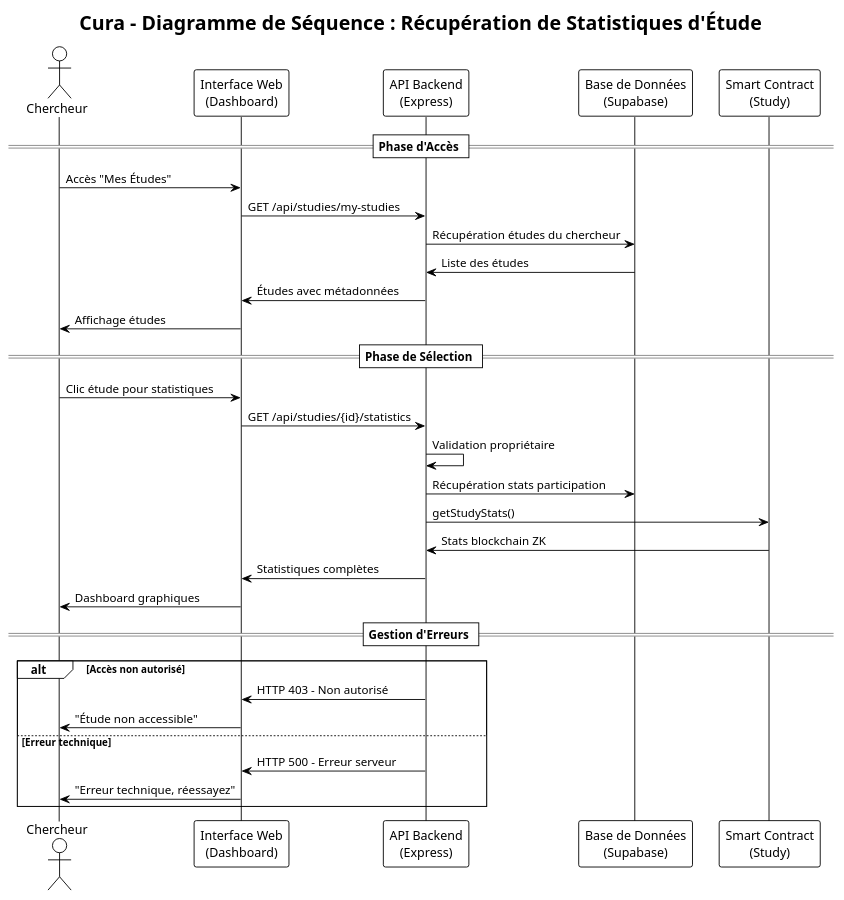
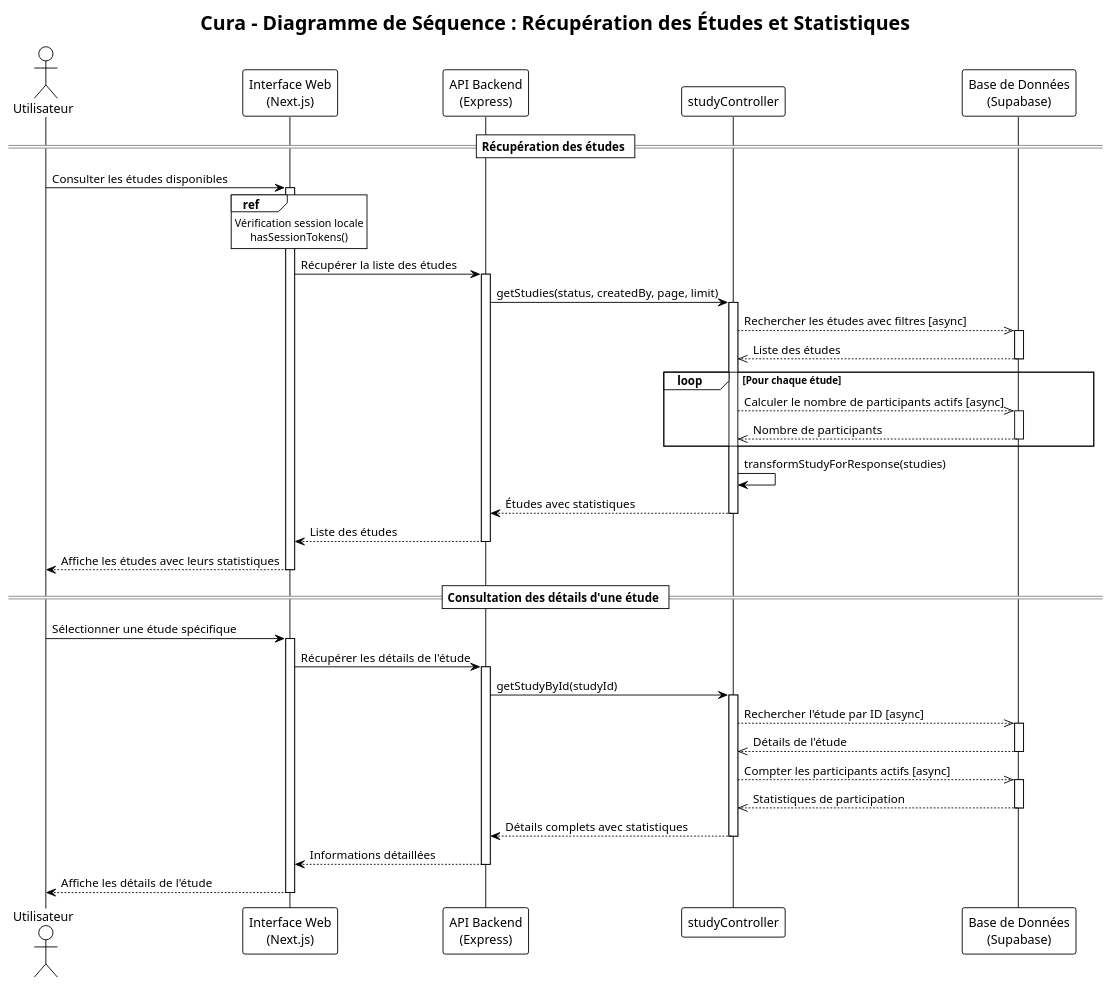
Before and after one commit to monark-community/zk-medical-data-exchange: the diagram in docs/sequence-diagrams/study-statistics-retrieval-sequence.puml, drawn with PlantUML. The commit also changed 22 other files, not shown here.

First line of the commit message:
feat: Update sequence diagrams (#348)

```diff
--- a/docs/sequence-diagrams/study-statistics-retrieval-sequence.puml
+++ b/docs/sequence-diagrams/study-statistics-retrieval-sequence.puml
@@ -1,39 +1,72 @@
 @startuml Study_Statistics_Retrieval_Sequence
 !theme plain
 
-title Cura - Diagramme de Séquence : Récupération de Statistiques d'Étude
+title Cura - Diagramme de Séquence : Récupération des Études et Statistiques
 
-actor "Chercheur" as Researcher
-participant "Interface Web\n(Dashboard)" as Frontend
+actor "Utilisateur" as User
+participant "Interface Web\n(Next.js)" as Frontend
 participant "API Backend\n(Express)" as Backend
+participant "studyController" as Controller
 participant "Base de Données\n(Supabase)" as Database
-participant "Smart Contract\n(Study)" as StudyContract
 
-== Phase d'Accès ==
-Researcher -> Frontend : Accès "Mes Études"
-Frontend -> Backend : GET /api/studies/my-studies
-Backend -> Database : Récupération études du chercheur
-Database -> Backend : Liste des études
-Backend -> Frontend : Études avec métadonnées
-Frontend -> Researcher : Affichage études
+== Récupération des études ==
+User -> Frontend : Consulter les études disponibles
+activate Frontend
 
-== Phase de Sélection ==
-Researcher -> Frontend : Clic étude pour statistiques
-Frontend -> Backend : GET /api/studies/{id}/statistics
-Backend -> Backend : Validation propriétaire
-Backend -> Database : Récupération stats participation
-Backend -> StudyContract : getStudyStats()
-StudyContract -> Backend : Stats blockchain ZK
-Backend -> Frontend : Statistiques complètes
-Frontend -> Researcher : Dashboard graphiques
+ref over Frontend
+    Vérification session locale
+    hasSessionTokens()
+end ref
 
-== Gestion d'Erreurs ==
-alt Accès non autorisé
-    Backend -> Frontend : HTTP 403 - Non autorisé
-    Frontend -> Researcher : "Étude non accessible"
-else Erreur technique
-    Backend -> Frontend : HTTP 500 - Erreur serveur
-    Frontend -> Researcher : "Erreur technique, réessayez"
+Frontend -> Backend : Récupérer la liste des études
+activate Backend
+Backend -> Controller : getStudies(status, createdBy, page, limit)
+activate Controller
+
+Controller -->> Database : Rechercher les études avec filtres [async]
+activate Database
+Database -->> Controller : Liste des études
+deactivate Database
+
+loop Pour chaque étude
+    Controller -->> Database : Calculer le nombre de participants actifs [async]
+    activate Database
+    Database -->> Controller : Nombre de participants
+    deactivate Database
 end
 
+Controller -> Controller : transformStudyForResponse(studies)
+
+Controller --> Backend : Études avec statistiques
+deactivate Controller
+Backend --> Frontend : Liste des études
+deactivate Backend
+Frontend --> User : Affiche les études avec leurs statistiques
+deactivate Frontend
+
+== Consultation des détails d'une étude ==
+User -> Frontend : Sélectionner une étude spécifique
+activate Frontend
+Frontend -> Backend : Récupérer les détails de l'étude
+activate Backend
+Backend -> Controller : getStudyById(studyId)
+activate Controller
+
+Controller -->> Database : Rechercher l'étude par ID [async]
+activate Database
+Database -->> Controller : Détails de l'étude
+deactivate Database
+
+Controller -->> Database : Compter les participants actifs [async]
+activate Database
+Database -->> Controller : Statistiques de participation
+deactivate Database
+
+Controller --> Backend : Détails complets avec statistiques
+deactivate Controller
+Backend --> Frontend : Informations détaillées
+deactivate Backend
+Frontend --> User : Affiche les détails de l'étude
+deactivate Frontend
+
 @enduml
```
